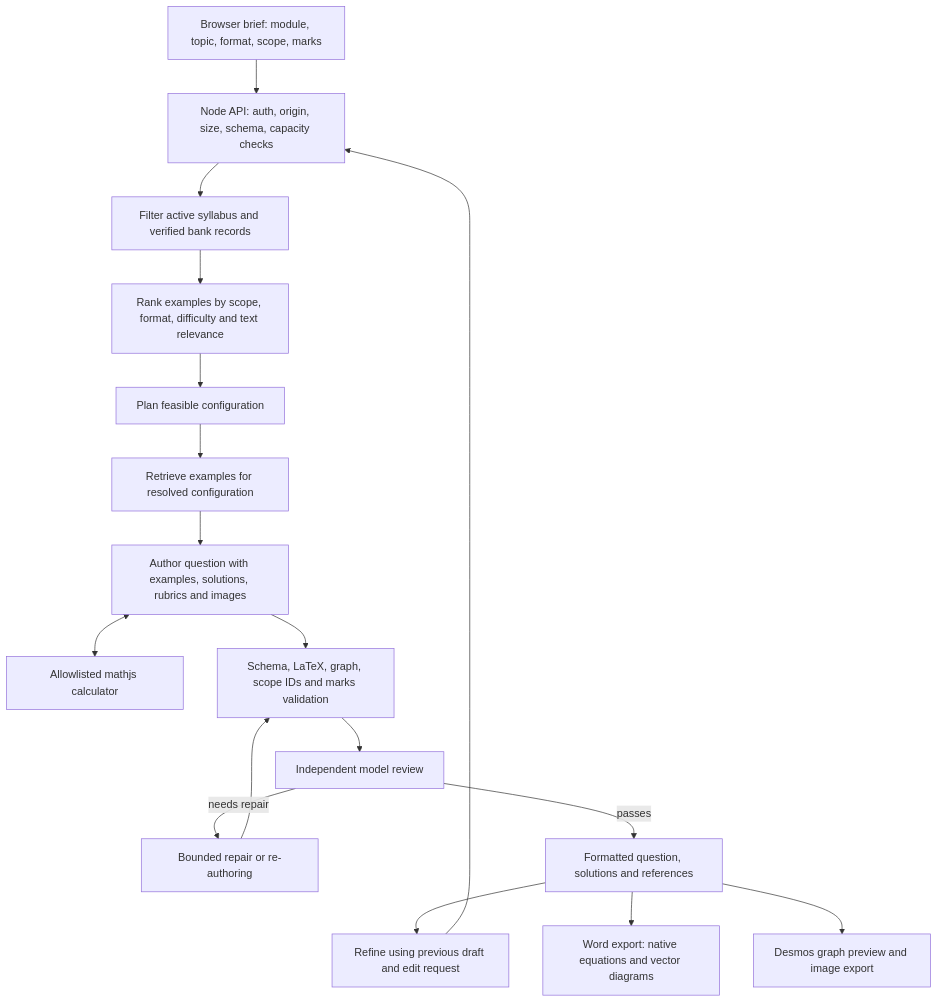
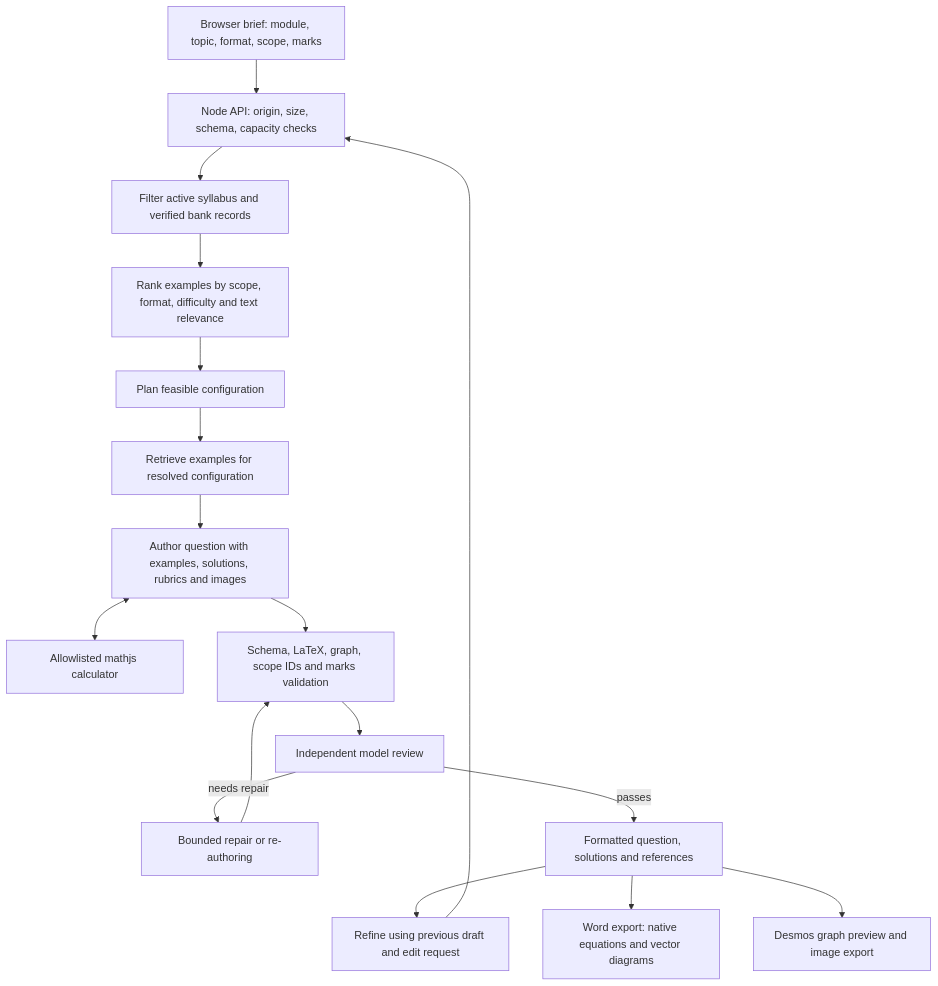
Before and after one commit to l3olim90/msa-question-studio: the first of 2 diagrams in DOCUMENTATION.md, drawn with Mermaid. The commit also changed other lines of this file and 16 other files, not shown here.

````diff
--- a/DOCUMENTATION.md
+++ b/DOCUMENTATION.md
@@ -11,19 +11,19 @@
 ```mermaid
 flowchart TD
-  A[Browser brief: module, topic, format, scope, marks] --> B[Node API: auth, origin, size, schema, capacity checks]
+  A[Browser brief: module, topic, format, scope, marks] --> B[Node API: origin, size, schema, capacity checks]
   B --> C[Filter active syllabus and verified bank records]
   C --> D[Rank examples by scope, format, difficulty and text relevance]
   D --> E[Plan feasible configuration]
   E --> F[Retrieve examples for resolved configuration]
   F --> G[Author question with examples, solutions, rubrics and images]
   G <--> H[Allowlisted mathjs calculator]
   G --> I[Schema, LaTeX, graph, scope IDs and marks validation]
   I --> J[Independent model review]
   J -->|needs repair| K[Bounded repair or re-authoring]
   K --> I
   J -->|passes| L[Formatted question, solutions and references]
   L --> M[Refine using previous draft and edit request]
   M --> B
   L --> N[Word export: native equations and vector diagrams]
   L --> O[Desmos graph preview and image export]
 ```
````
